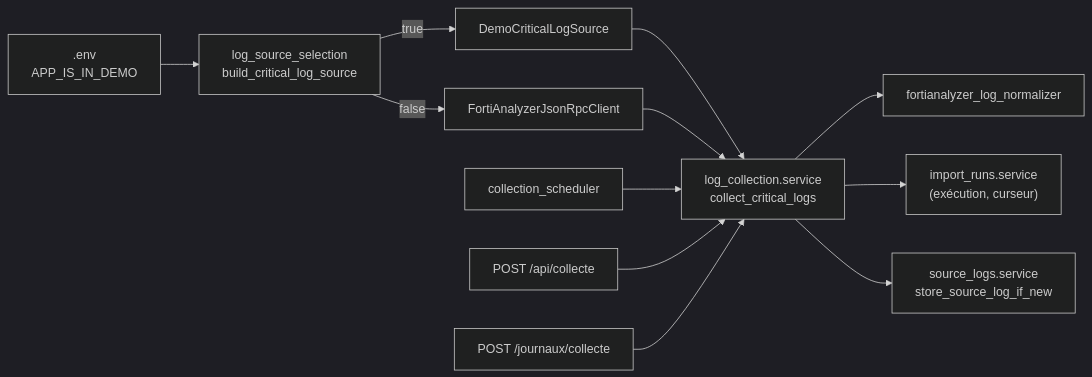
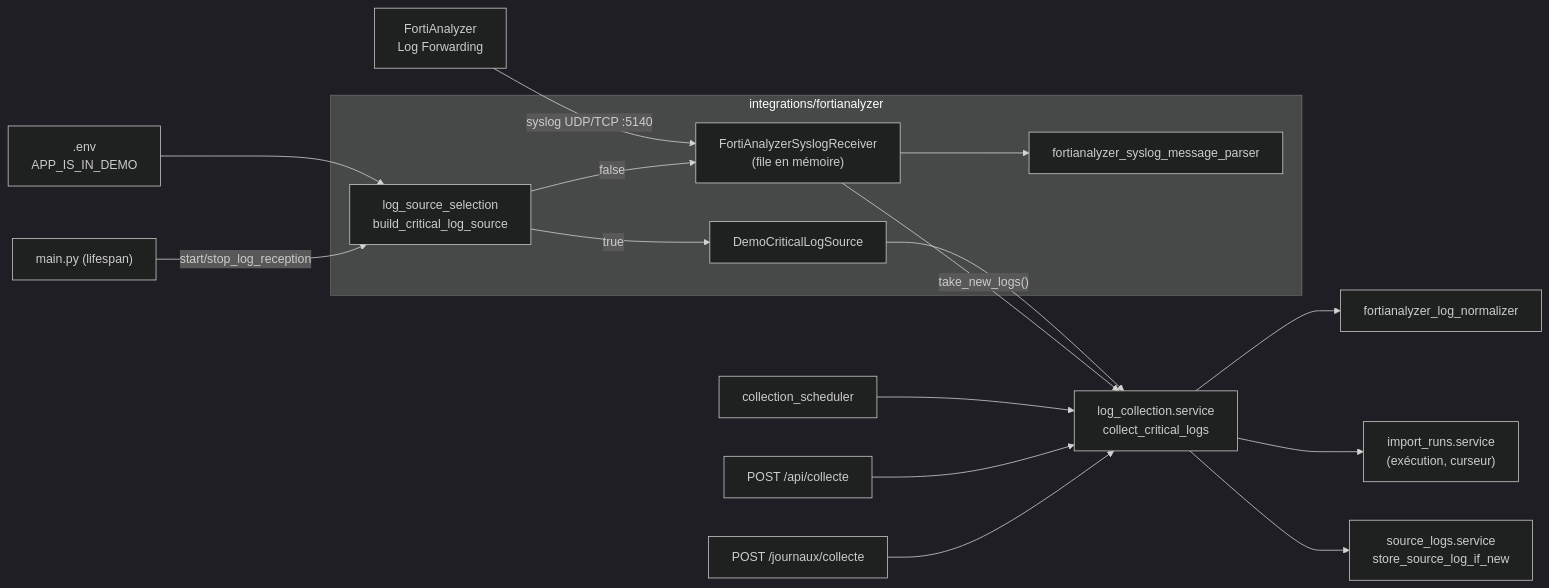
One commit to kalash-alertes/Private- changed the diagram in docs/technical/log_collection.md. Above: the diagram before and after it, drawn with Mermaid (dark theme). The commit also changed other lines of this file and 40 other files, not shown here.

First line of the commit message:
Collecte : réception syslog de FortiAnalyzer à la place de l'API JSON-RPC

````diff
--- a/docs/technical/log_collection.md
+++ b/docs/technical/log_collection.md
@@ -8,14 +11,21 @@
 ```mermaid
 flowchart LR
-    env[".env<br/>APP_IS_IN_DEMO"] --> sel["log_source_selection<br/>build_critical_log_source"]
-    sel -- "true" --> demo[DemoCriticalLogSource]
-    sel -- "false" --> faz[FortiAnalyzerJsonRpcClient]
+    faz[FortiAnalyzer<br/>Log Forwarding] -- "syslog UDP/TCP :5140" --> rcv
+    subgraph integrations/fortianalyzer
+        rcv["FortiAnalyzerSyslogReceiver<br/>(file en mémoire)"] --> parser[fortianalyzer_syslog_message_parser]
+        sel["log_source_selection<br/>build_critical_log_source"]
+        demo[DemoCriticalLogSource]
+    end
+    env[".env<br/>APP_IS_IN_DEMO"] --> sel
+    sel -- "true" --> demo
+    sel -- "false" --> rcv
     demo --> svc
-    faz --> svc["log_collection.service<br/>collect_critical_logs"]
+    rcv -- "take_new_logs()" --> svc["log_collection.service<br/>collect_critical_logs"]
     svc --> norm[fortianalyzer_log_normalizer]
     svc --> ir["import_runs.service<br/>(exécution, curseur)"]
     svc --> sl["source_logs.service<br/>store_source_log_if_new"]
     sched[collection_scheduler] --> svc
     api["POST /api/collecte"] --> svc
     page["POST /journaux/collecte"] --> svc
+    main["main.py (lifespan)"] -- "start/stop_log_reception" --> sel
 ```
````
